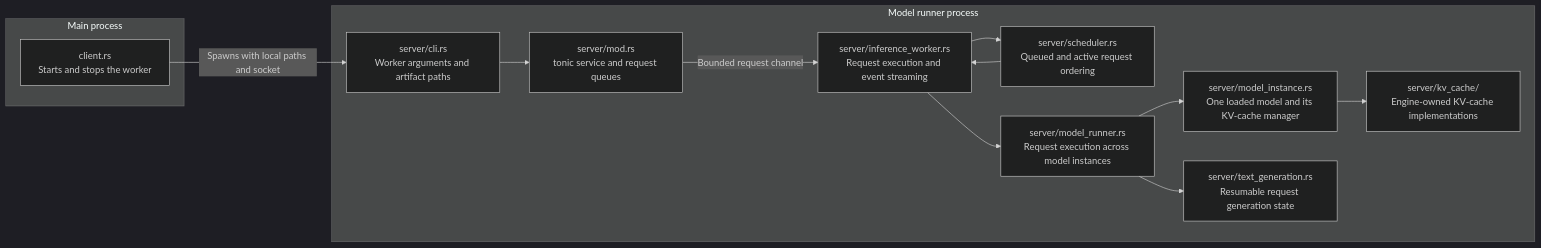
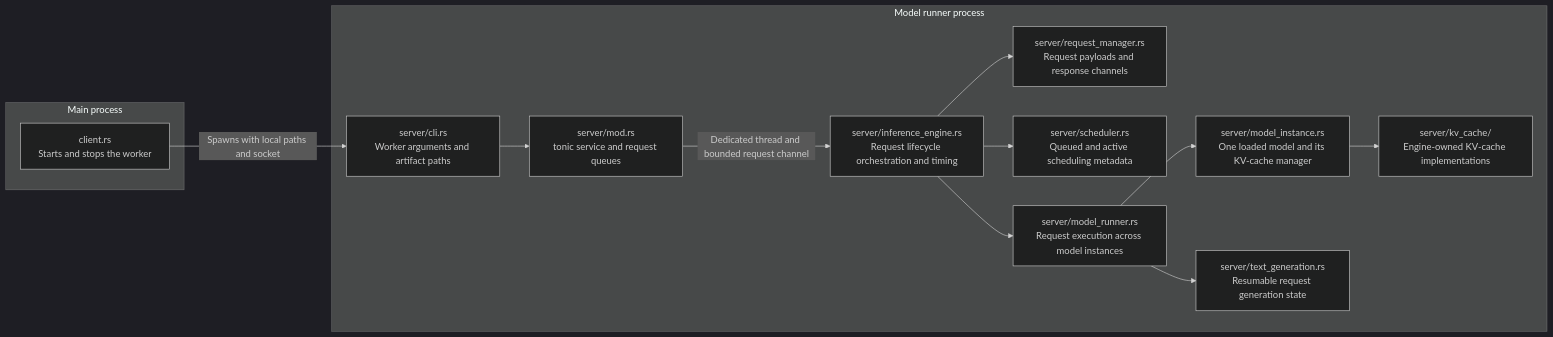
Before and after one commit to lun0522/mini-vllm-rs: the first of 2 diagrams in src/model_runner/README.md, drawn with Mermaid (dark theme). The commit also changed other lines of this file and 6 other files, not shown here.

First line of the commit message:
Refactor: Separate inference orchestration from request scheduling

````diff
--- a/src/model_runner/README.md
+++ b/src/model_runner/README.md
@@ -6,27 +6,28 @@
 ```mermaid
 flowchart LR
     subgraph Main[Main process]
         Client["client.rs<br/>Starts and stops the worker"]
     end
 
     subgraph Worker[Model runner process]
         Server["server/mod.rs<br/>tonic service and request queues"]
         Cli["server/cli.rs<br/>Worker arguments and artifact paths"]
         KvCache["server/kv_cache/<br/>Engine-owned KV-cache implementations"]
-        InferenceWorker["server/inference_worker.rs<br/>Request execution and event streaming"]
-        Scheduler["server/scheduler.rs<br/>Queued and active request ordering"]
+        InferenceEngine["server/inference_engine.rs<br/>Request lifecycle orchestration and timing"]
+        RequestManager["server/request_manager.rs<br/>Request payloads and response channels"]
+        Scheduler["server/scheduler.rs<br/>Queued and active scheduling metadata"]
         ModelRunner["server/model_runner.rs<br/>Request execution across model instances"]
         ModelInstance["server/model_instance.rs<br/>One loaded model and its KV-cache manager"]
         TextGeneration["server/text_generation.rs<br/>Resumable request generation state"]
     end
 
     Client -->|"Spawns with local paths and socket"| Cli
     Cli --> Server
-    Server -->|"Bounded request channel"| InferenceWorker
-    InferenceWorker --> Scheduler
-    Scheduler --> InferenceWorker
-    InferenceWorker --> ModelRunner
+    Server -->|"Dedicated thread and bounded request channel"| InferenceEngine
+    InferenceEngine --> RequestManager
+    InferenceEngine --> Scheduler
+    InferenceEngine --> ModelRunner
     ModelRunner --> ModelInstance
     ModelInstance --> KvCache
     ModelRunner --> TextGeneration
 ```
````
